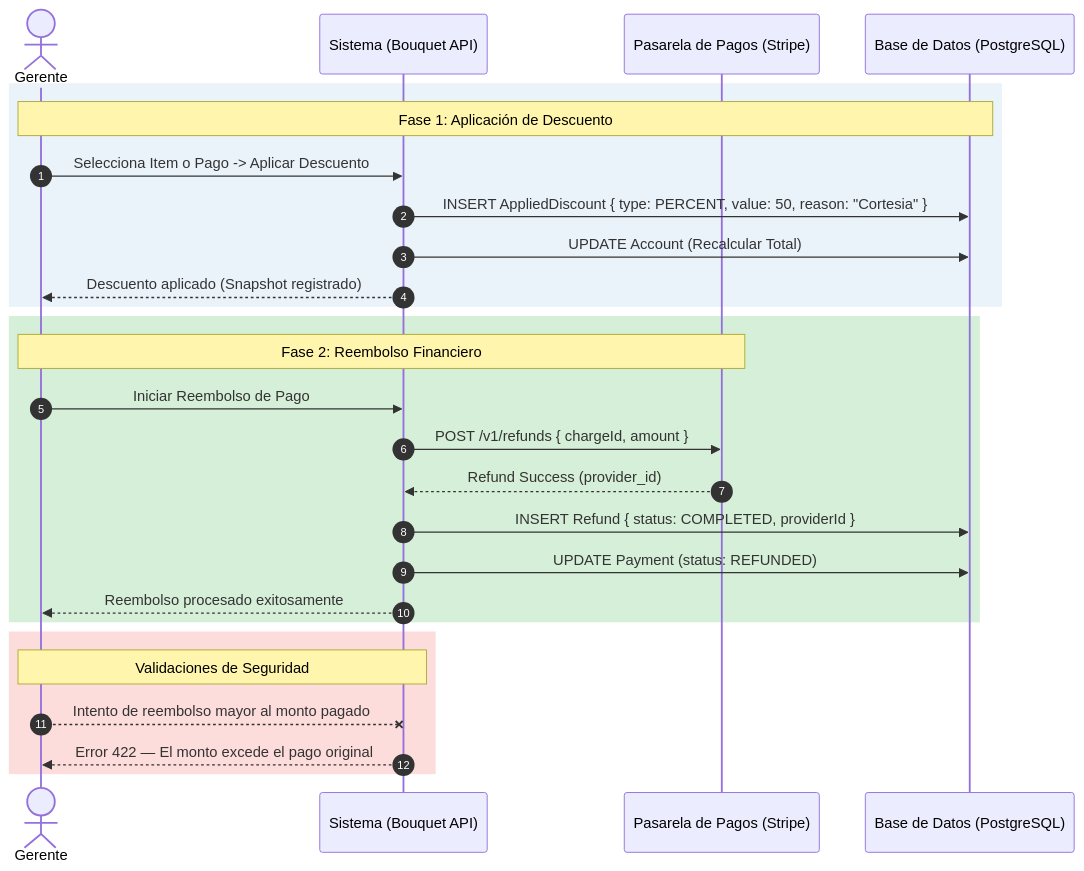
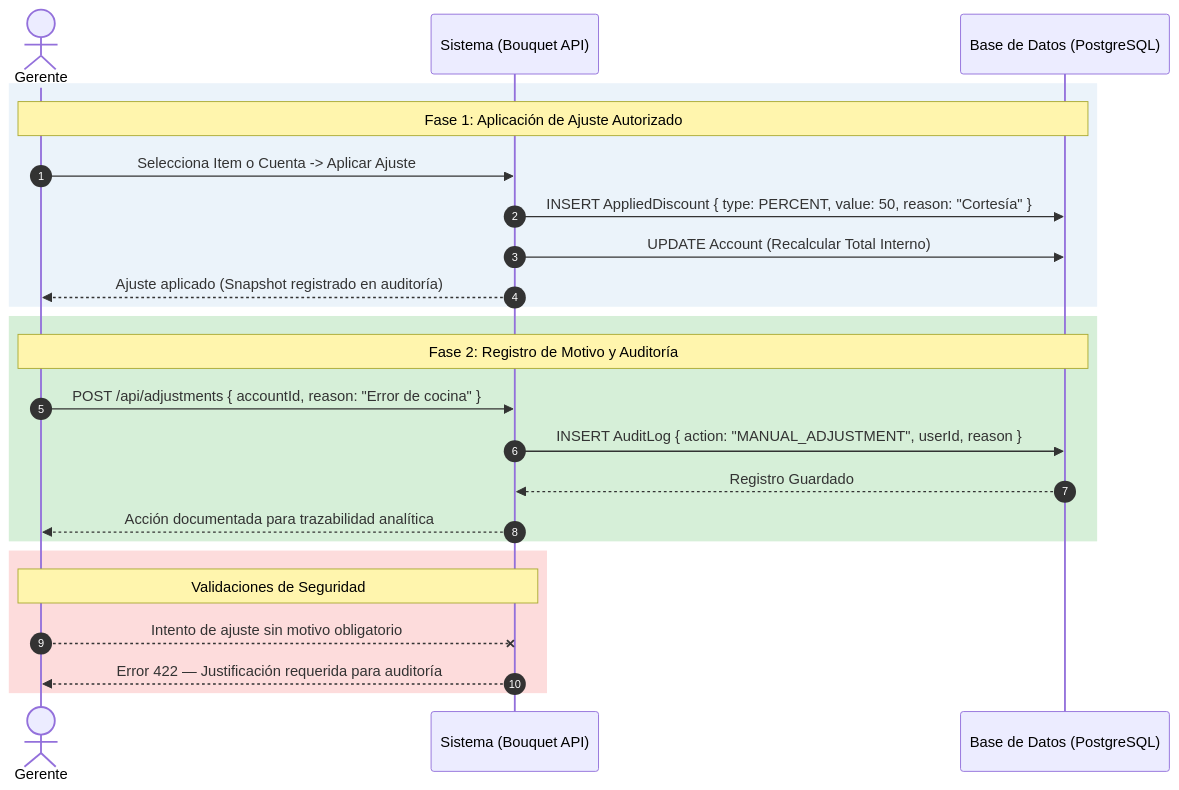
The diagram in docs/_assets/casos_uso/CU_11.mmd (dvillagrans/Bouquet), drawn with Mermaid before and after one commit. The commit also changed 27 other files, not shown here.

```diff
--- a/docs/_assets/casos_uso/CU_11.mmd
+++ b/docs/_assets/casos_uso/CU_11.mmd
@@ -1,32 +1,29 @@
 sequenceDiagram
     autonumber
     
     %% Color Palette
     actor G as Gerente
     participant S as Sistema (Bouquet API)
-    participant P as Pasarela de Pagos (Stripe)
     participant DB as Base de Datos (PostgreSQL)
 
     rect rgb(235, 243, 250)
-        Note over G,DB: Fase 1: Aplicación de Descuento
-        G->>S: Selecciona Item o Pago -> Aplicar Descuento
-        S->>DB: INSERT AppliedDiscount { type: PERCENT, value: 50, reason: "Cortesia" }
-        S->>DB: UPDATE Account (Recalcular Total)
-        S-->>G: Descuento aplicado (Snapshot registrado)
+        Note over G,DB: Fase 1: Aplicación de Ajuste Autorizado
+        G->>S: Selecciona Item o Cuenta -> Aplicar Ajuste
+        S->>DB: INSERT AppliedDiscount { type: PERCENT, value: 50, reason: "Cortesía" }
+        S->>DB: UPDATE Account (Recalcular Total Interno)
+        S-->>G: Ajuste aplicado (Snapshot registrado en auditoría)
     end
 
     rect rgb(214, 239, 216)
-        Note over G,P: Fase 2: Reembolso Financiero
-        G->>S: Iniciar Reembolso de Pago #123
-        S->>P: POST /v1/refunds { chargeId, amount }
-        P-->>S: Refund Success (provider_id)
-        S->>DB: INSERT Refund { status: COMPLETED, providerId }
-        S->>DB: UPDATE Payment (status: REFUNDED)
-        S-->>G: Reembolso procesado exitosamente
+        Note over G,DB: Fase 2: Registro de Motivo y Auditoría
+        G->>S: POST /api/adjustments { accountId, reason: "Error de cocina" }
+        S->>DB: INSERT AuditLog { action: "MANUAL_ADJUSTMENT", userId, reason }
+        DB-->>S: Registro Guardado
+        S-->>G: Acción documentada para trazabilidad analítica
     end
 
     rect rgb(253, 220, 220)
         Note over G,S: Validaciones de Seguridad
-        G--xS: Intento de reembolso mayor al monto pagado
-        S-->>G: Error 422 — El monto excede el pago original
+        G--xS: Intento de ajuste sin motivo obligatorio
+        S-->>G: Error 422 — Justificación requerida para auditoría
     end
```
